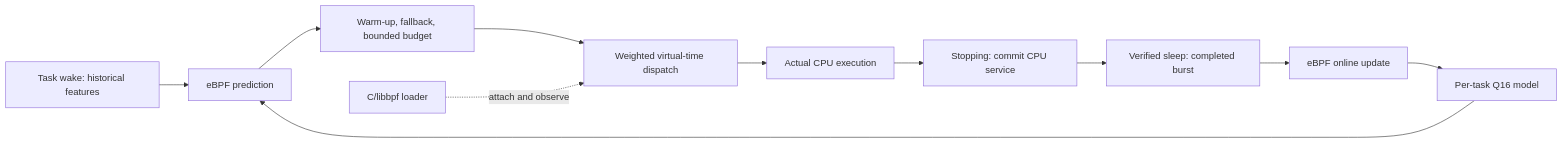
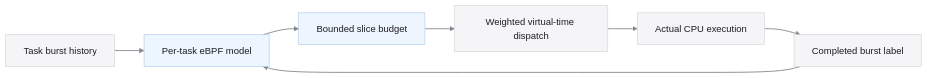
Before and after one commit to Denny-Lin/lertick: the second of 2 diagrams in README.md, drawn with Mermaid. The commit also changed other lines of this file and 24 other files, not shown here.

````diff
--- a/README.md
+++ b/README.md
@@ -67,13 +81,13 @@
 ```mermaid
 flowchart LR
-    W[Task wake: historical features] --> P[eBPF prediction]
-    M[Per-task Q16 model] --> P
-    P --> B[Warm-up, fallback, bounded budget]
+    H[Task burst history] --> M[Per-task eBPF model]
+    M --> B[Bounded slice budget]
     B --> D[Weighted virtual-time dispatch]
     D --> R[Actual CPU execution]
-    R --> S[Stopping: commit CPU service]
-    S --> Q[Verified sleep: completed burst]
-    Q --> T[eBPF online update]
-    T --> M
-    L[C/libbpf loader] -. attach and observe .-> D
+    R --> L[Completed burst label]
+    L --> M
+    classDef default fill:#f5f5f7,stroke:#d2d2d7,color:#1d1d1f
+    classDef learned fill:#edf5ff,stroke:#a8c8ee,color:#1d1d1f
+    class M,B learned
+    linkStyle default stroke:#86868b,stroke-width:1.5px
 ```
````
